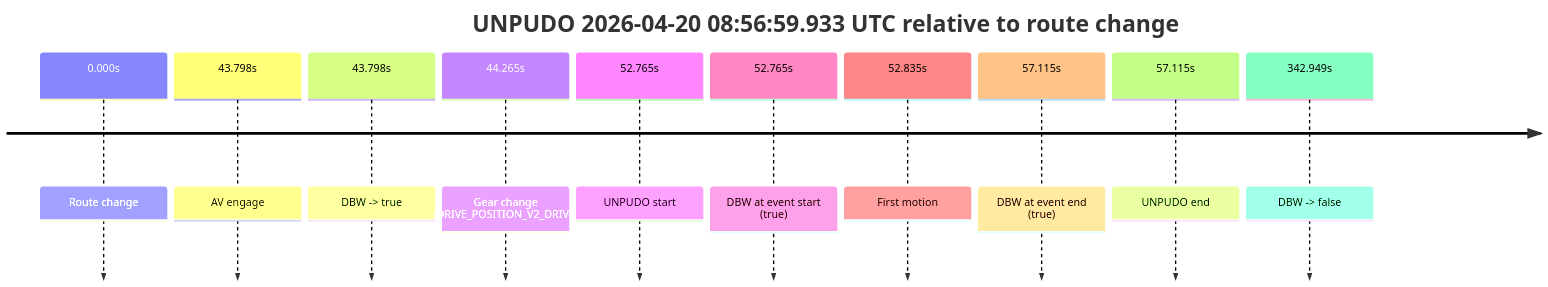
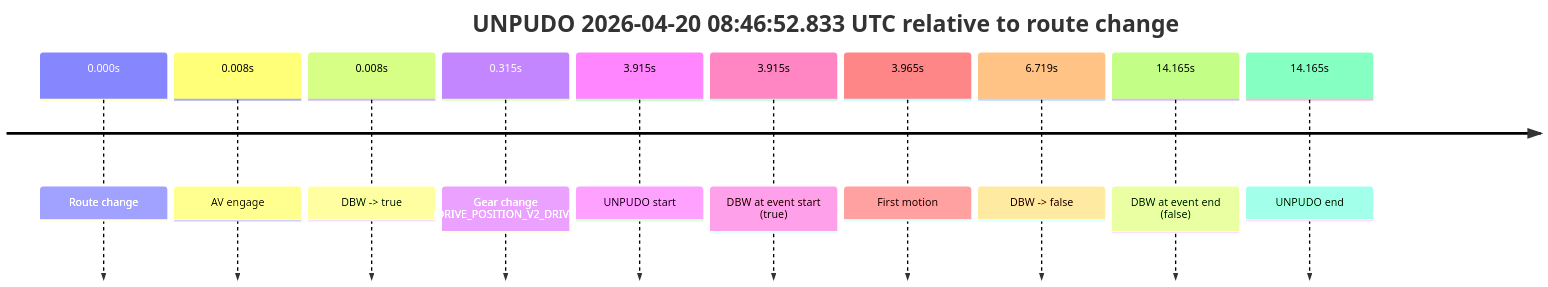
One commit to yoelshapiro/vault changed the diagram in model_analysis/report_cards/2026/04/Week-4/fme20007--2026-04-20--08-33-29--gen2-av-606e1613-95e0-41ca-aff3-36aa6590a0a1.md. Above: the diagram before and after it, drawn with Mermaid. The commit also changed other lines of this file and 36 other files, not shown here.

````diff
--- a/model_analysis/report_cards/2026/04/Week-4/fme20007--2026-04-20--08-33-29--gen2-av-606e1613-95e0-41ca-aff3-36aa6590a0a1.md
+++ b/model_analysis/report_cards/2026/04/Week-4/fme20007--2026-04-20--08-33-29--gen2-av-606e1613-95e0-41ca-aff3-36aa6590a0a1.md
@@ -227,14 +43,14 @@
 ```mermaid
 timeline
-    title UNPUDO 2026-04-20 08:56:59.933 UTC relative to route change
+    title UNPUDO 2026-04-20 08:46:52.833 UTC relative to route change
     0.000s : Route change
-    43.798s : AV engage
-    43.798s : DBW -> true
-    44.265s : Gear change (DRIVE_POSITION_V2_DRIVE)
-    52.765s : UNPUDO start
-    52.765s : DBW at event start (true)
-    52.835s : First motion
-    57.115s : DBW at event end (true)
-    57.115s : UNPUDO end
-    342.949s : DBW -> false
+    0.008s : AV engage
+    0.008s : DBW -> true
+    0.315s : Gear change (DRIVE_POSITION_V2_DRIVE)
+    3.915s : UNPUDO start
+    3.915s : DBW at event start (true)
+    3.965s : First motion
+    6.719s : DBW -> false
+    14.165s : DBW at event end (false)
+    14.165s : UNPUDO end
 ```
````
